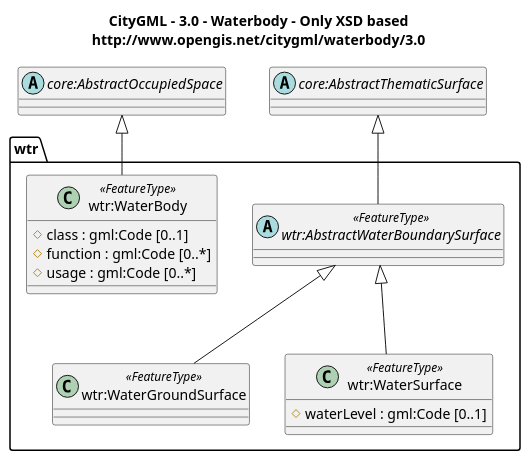
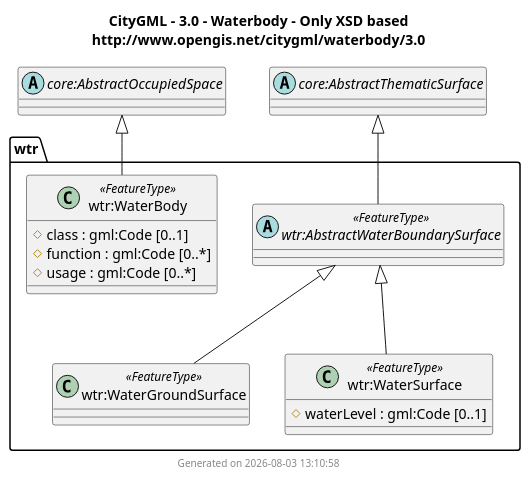
One commit to muratkendir/every-class changed the diagram in docs/output/CityGML/3.0/UMLClassDiagram/waterbody.puml. Above: the diagram before and after it, drawn with PlantUML. The commit also changed 187 other files, not shown here.

First line of the commit message:
Add GML diagrams, timestamp footers, and mkdocs_puml website

```diff
--- a/docs/output/CityGML/3.0/UMLClassDiagram/waterbody.puml
+++ b/docs/output/CityGML/3.0/UMLClassDiagram/waterbody.puml
@@ -1,80 +1,81 @@
 @startuml
 title
   CityGML - 3.0 - Waterbody - Only XSD based
   http://www.opengis.net/citygml/waterbody/3.0
 end title
 
 package wtr {
 abstract class "wtr:ADEOfAbstractWaterBoundarySurface" $adeOf
 class "wtr:ADEOfAbstractWaterBoundarySurfaceProperty" $property $adeOf {
   ADEOfAbstractWaterBoundarySurface : wtr:ADEOfAbstractWaterBoundarySurface
 }
 abstract class "wtr:ADEOfWaterBody" $adeOf
 class "wtr:ADEOfWaterBodyProperty" $property $adeOf {
   ADEOfWaterBody : wtr:ADEOfWaterBody
 }
 abstract class "wtr:ADEOfWaterGroundSurface" $adeOf
 class "wtr:ADEOfWaterGroundSurfaceProperty" $property $adeOf {
   ADEOfWaterGroundSurface : wtr:ADEOfWaterGroundSurface
 }
 abstract class "wtr:ADEOfWaterSurface" $adeOf
 class "wtr:ADEOfWaterSurfaceProperty" $property $adeOf {
   ADEOfWaterSurface : wtr:ADEOfWaterSurface
 }
 abstract class "wtr:AbstractWaterBoundarySurface" <<FeatureType>> {
   ~ adeOfAbstractWaterBoundarySurface : wtr:ADEOfAbstractWaterBoundarySurface [0..*]
 }
 class "wtr:AbstractWaterBoundarySurfaceProperty" $property {
   AbstractWaterBoundarySurface : wtr:AbstractWaterBoundarySurface
 }
 class "wtr:WaterBody" <<FeatureType>> {
   # class : gml:Code [0..1]
   # function : gml:Code [0..*]
   # usage : gml:Code [0..*]
   ~ adeOfWaterBody : wtr:ADEOfWaterBody [0..*]
 }
 class "wtr:WaterBodyProperty" $property {
   WaterBody : wtr:WaterBody
 }
 class "wtr:WaterGroundSurface" <<FeatureType>> {
   ~ adeOfWaterGroundSurface : wtr:ADEOfWaterGroundSurface [0..*]
 }
 class "wtr:WaterGroundSurfaceProperty" $property {
   WaterGroundSurface : wtr:WaterGroundSurface
 }
 class "wtr:WaterSurface" <<FeatureType>> {
   # waterLevel : gml:Code [0..1]
   ~ adeOfWaterSurface : wtr:ADEOfWaterSurface [0..*]
 }
 class "wtr:WaterSurfaceProperty" $property {
   WaterSurface : wtr:WaterSurface
 }
 }
 
 ' External types (unresolved namespaces)
 abstract class "core:AbstractOccupiedSpace"
 abstract class "core:AbstractThematicSurface"
 
 "core:AbstractThematicSurface" <|-- "wtr:AbstractWaterBoundarySurface"
 "core:AbstractOccupiedSpace" <|-- "wtr:WaterBody"
 "wtr:AbstractWaterBoundarySurface" <|-- "wtr:WaterGroundSurface"
 "wtr:AbstractWaterBoundarySurface" <|-- "wtr:WaterSurface"
 
 ' ADE hook classes are removed from rendering by default;
 ' remove the next line to show them.
 remove $adeOf
 
 ' Property pseudo-classes are removed from rendering by default;
 ' remove the next line to show them.
 remove $property
 
 ' ADE hook attributes are marked as package members (~ ) and
 ' hidden from rendering by default; remove the next line to show them.
 hide package members
 
 ' Attributes with value types from other namespaces are marked as
 ' protected members (# ) and shown by default; uncomment the next
 ' line to hide them.
 ' hide protected members
 
+footer Generated on 2026-08-03 13:10:58
 @enduml
```
